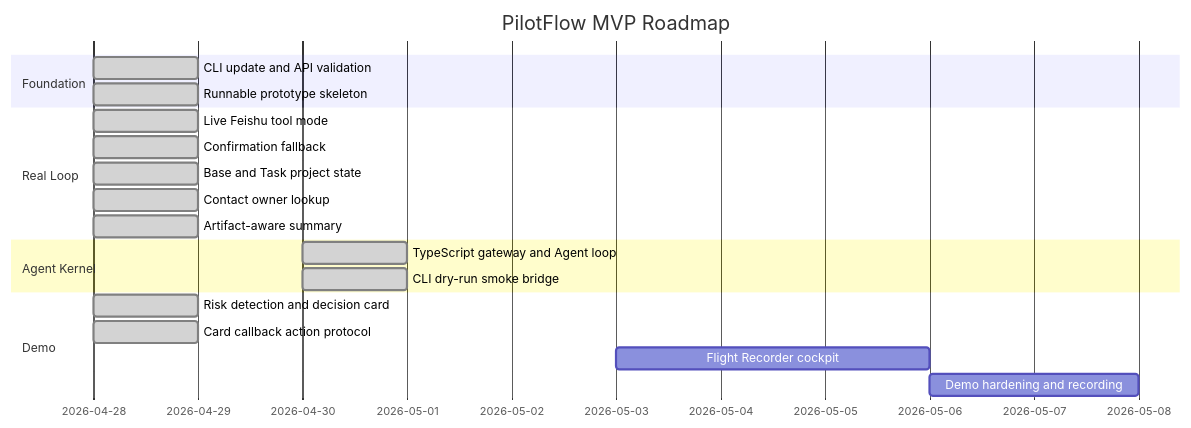
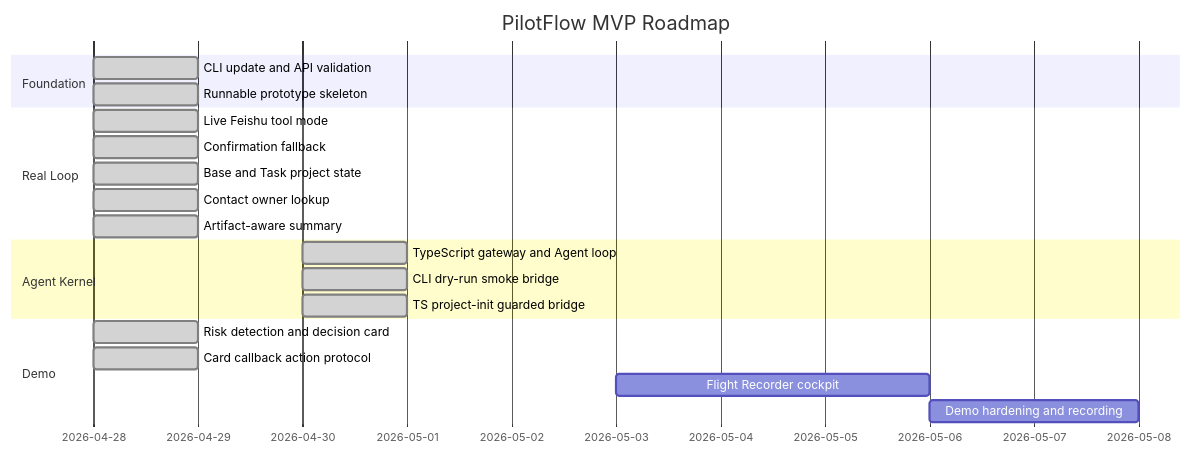
The fourth of 4 diagrams in README.md (DeliciousBuding/pilot-flow), drawn with Mermaid before and after one commit. The commit also changed other lines of this file and 10 other files, not shown here.

Commit message:
feat: add TypeScript project init bridge

````diff
--- a/README.md
+++ b/README.md
@@ -242,22 +242,23 @@
 ```mermaid
 gantt
     title PilotFlow MVP Roadmap
     dateFormat  YYYY-MM-DD
     section Foundation
     CLI update and API validation        :done,    a1, 2026-04-28, 1d
     Runnable prototype skeleton          :done,    a2, 2026-04-28, 1d
     section Real Loop
     Live Feishu tool mode                :done,    b1, 2026-04-28, 1d
     Confirmation fallback                :done,    b2, 2026-04-28, 1d
     Base and Task project state          :done,    b3, 2026-04-28, 1d
     Contact owner lookup                 :done,    b4, 2026-04-28, 1d
     Artifact-aware summary               :done,    b5, 2026-04-28, 1d
     section Agent Kernel
     TypeScript gateway and Agent loop    :done,    k1, 2026-04-30, 1d
     CLI dry-run smoke bridge             :done,    k2, 2026-04-30, 1d
+    TS project-init guarded bridge        :done,    k3, 2026-04-30, 1d
     section Demo
     Risk detection and decision card     :done,    c1, 2026-04-28, 1d
     Card callback action protocol        :done,    c2, 2026-04-28, 1d
     Flight Recorder cockpit              :         c3, 2026-05-03, 3d
     Demo hardening and recording         :         c4, 2026-05-06, 2d
 ```
````
